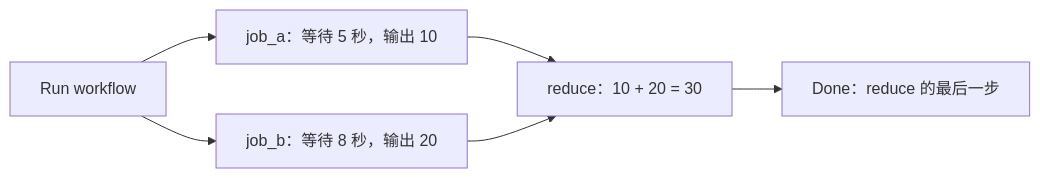
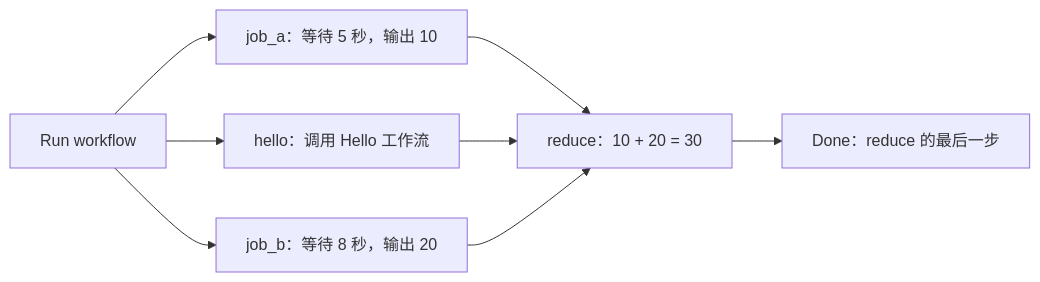
The diagram in README.md (iamxuxiao-nvidia/topic-github-actions), drawn with Mermaid before and after one commit. The commit also changed other lines of this file and 9 other files, not shown here.

````diff
--- a/README.md
+++ b/README.md
@@ -220,8 +260,10 @@
 ```mermaid
 flowchart LR
     start["Run workflow"] --> job_a["job_a：等待 5 秒，输出 10"]
     start --> job_b["job_b：等待 8 秒，输出 20"]
+    start --> hello["hello：调用 Hello 工作流"]
     job_a --> reduce["reduce：10 + 20 = 30"]
+    hello --> reduce
     job_b --> reduce
     reduce --> done["Done：reduce 的最后一步"]
 ```
````
